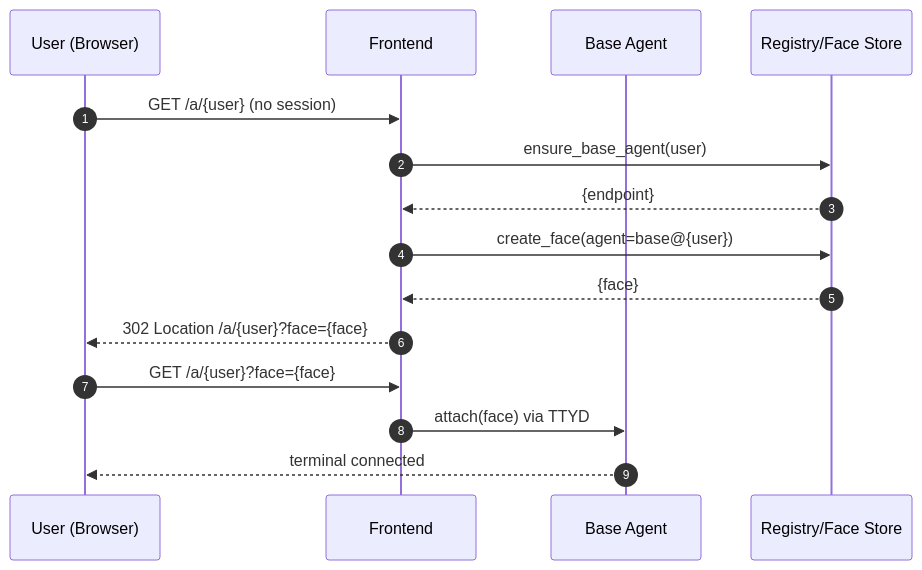
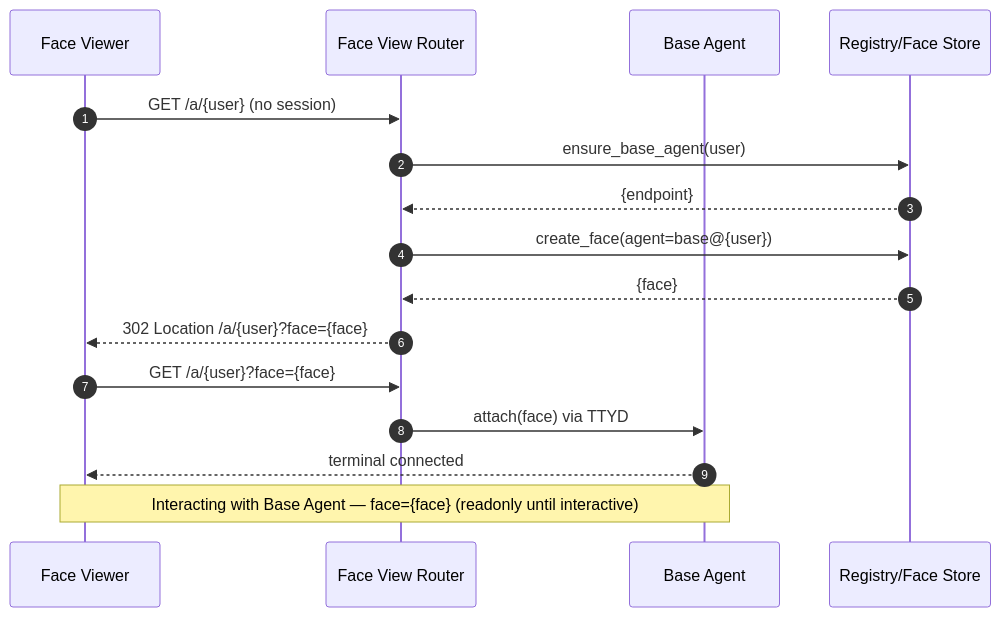
Before and after one commit to dreamcatcher-tech/artifact-codex: the sixth of 6 diagrams in design/docs/USER-FLOW.md, drawn with Mermaid. The commit also changed other lines of this file and 17 other files, not shown here.

Commit message:
face router

````diff
--- a/design/docs/USER-FLOW.md
+++ b/design/docs/USER-FLOW.md
@@ -233,17 +246,18 @@
 ```mermaid
 sequenceDiagram
   autonumber
-  participant U as User (Browser)
-  participant F as Frontend
+  participant U as Face Viewer
+  participant FVR as Face View Router
   participant B as Base Agent
   participant R as Registry/Face Store
-  U->>F: GET /a/{user} (no session)
-  F->>R: ensure_base_agent(user)
-  R-->>F: {endpoint}
-  F->>R: create_face(agent=base@{user})
-  R-->>F: {face}
-  F-->>U: 302 Location /a/{user}?face={face}
-  U->>F: GET /a/{user}?face={face}
-  F->>B: attach(face) via TTYD
+  U->>FVR: GET /a/{user} (no session)
+  FVR->>R: ensure_base_agent(user)
+  R-->>FVR: {endpoint}
+  FVR->>R: create_face(agent=base@{user})
+  R-->>FVR: {face}
+  FVR-->>U: 302 Location /a/{user}?face={face}
+  U->>FVR: GET /a/{user}?face={face}
+  FVR->>B: attach(face) via TTYD
   B-->>U: terminal connected
+  Note over U,B: Interacting with Base Agent — face={face} (readonly until interactive)
 ```
````
